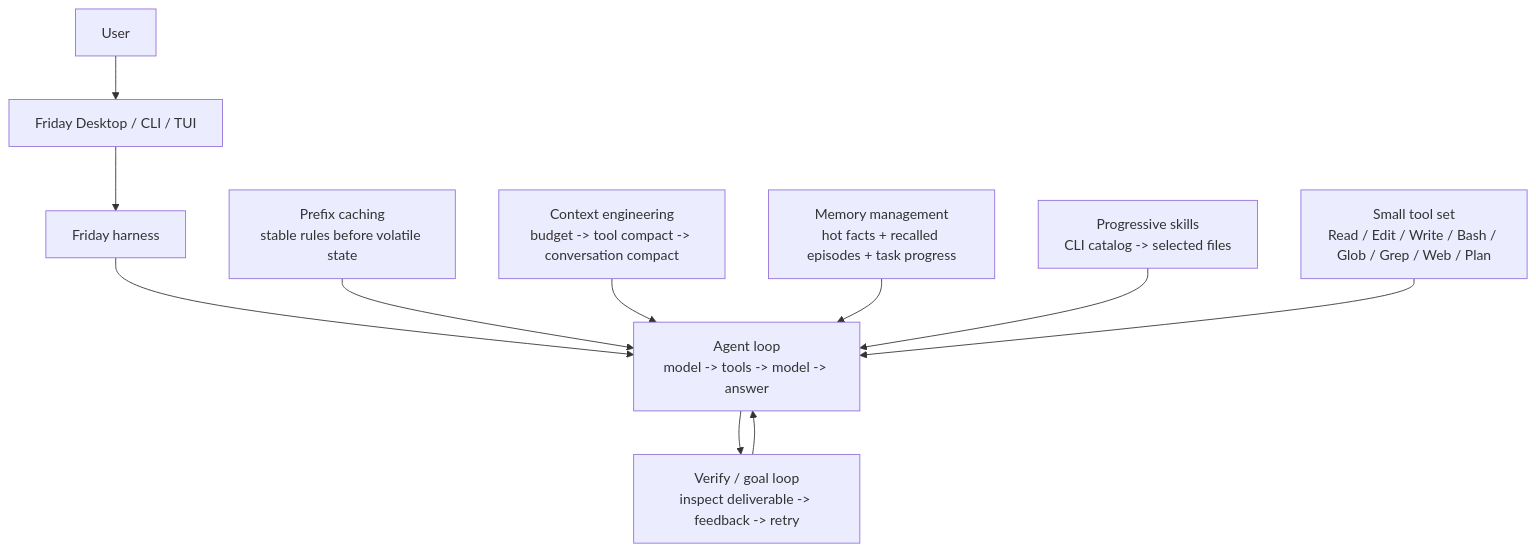
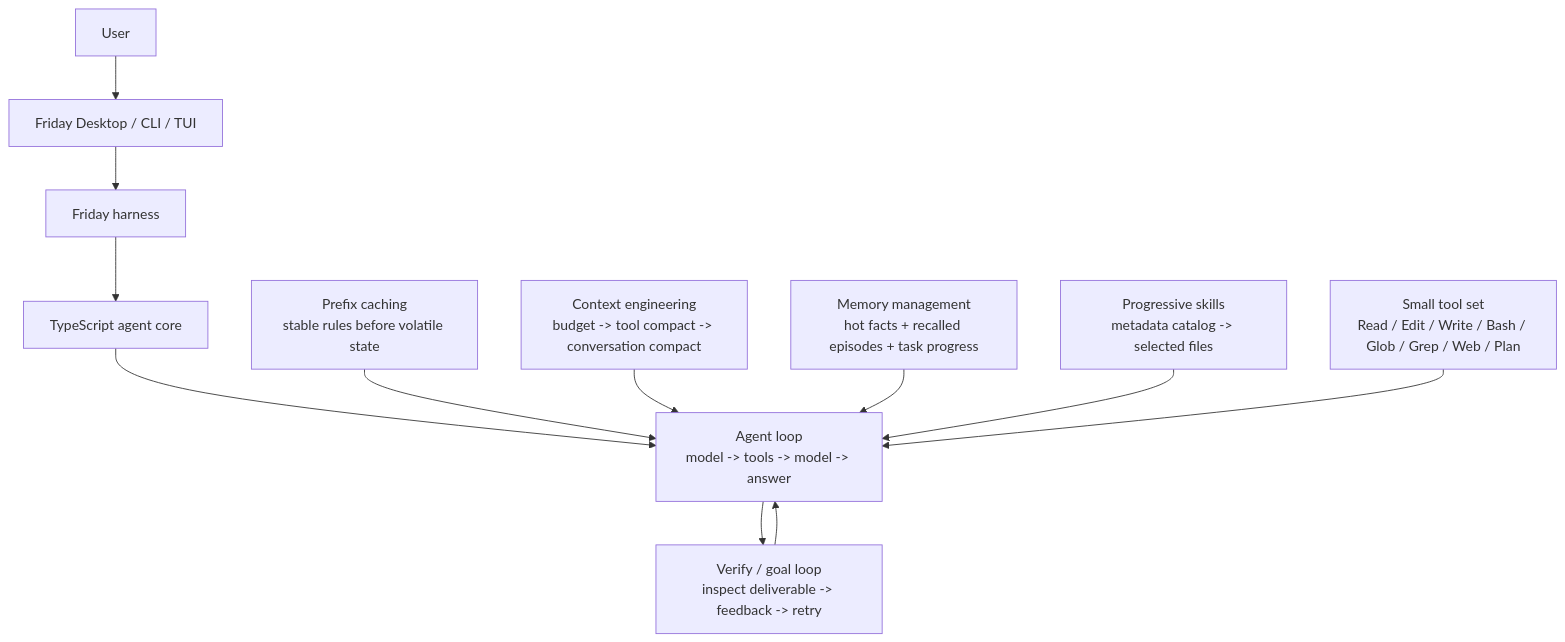
Before and after one commit to Lancetwang/friday: the diagram in README.md, drawn with Mermaid. The commit also changed other lines of this file and 95 other files, not shown here.

Commit message:
feat: add TypeScript runtime and cross-platform releases

````diff
--- a/README.md
+++ b/README.md
@@ -67,15 +90,16 @@
 ```mermaid
 flowchart TD
     User["User"] --> Surface["Friday Desktop / CLI / TUI"]
     Surface --> Harness["Friday harness"]
+    Harness --> Core["TypeScript agent core"]
 
-    Harness --> AgentLoop["Agent loop<br/>model -> tools -> model -> answer"]
+    Core --> AgentLoop["Agent loop<br/>model -> tools -> model -> answer"]
     AgentLoop --> OuterLoop["Verify / goal loop<br/>inspect deliverable -> feedback -> retry"]
     OuterLoop --> AgentLoop
 
     Prefix["Prefix caching<br/>stable rules before volatile state"] --> AgentLoop
     Context["Context engineering<br/>budget -> tool compact -> conversation compact"] --> AgentLoop
     Memory["Memory management<br/>hot facts + recalled episodes + task progress"] --> AgentLoop
-    Skills["Progressive skills<br/>CLI catalog -> selected files"] --> AgentLoop
+    Skills["Progressive skills<br/>metadata catalog -> selected files"] --> AgentLoop
     Tools["Small tool set<br/>Read / Edit / Write / Bash / Glob / Grep / Web / Plan"] --> AgentLoop
 ```
````
